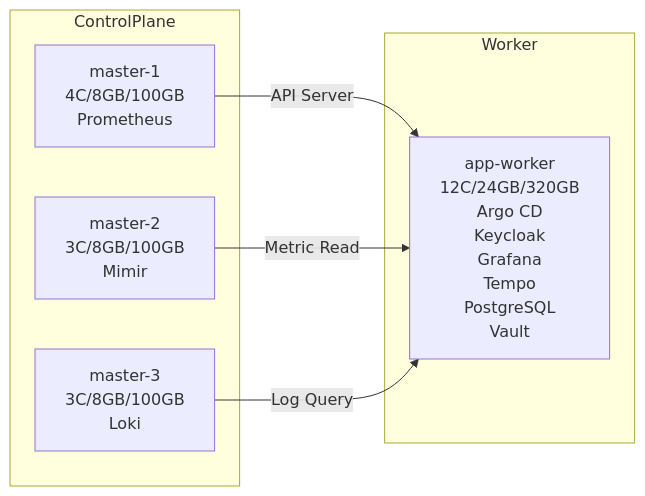
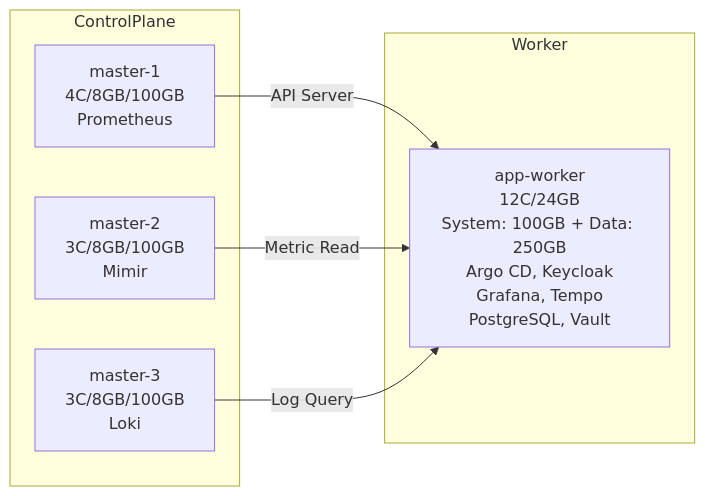
The first of 2 diagrams in README.md (detectviz/detectviz-gitops), drawn with Mermaid before and after one commit. The commit also changed other lines of this file and 25 other files, not shown here.

````diff
--- a/README.md
+++ b/README.md
@@ -30,16 +30,16 @@
 ```mermaid
 graph LR
   subgraph ControlPlane
     VM1[master-1<br/>4C/8GB/100GB<br/>Prometheus]
     VM2[master-2<br/>3C/8GB/100GB<br/>Mimir]
     VM3[master-3<br/>3C/8GB/100GB<br/>Loki]
   end
 
   subgraph Worker
-    VM4[app-worker<br/>12C/24GB/320GB<br/>Argo CD<br/>Keycloak<br/>Grafana<br/>Tempo<br/>PostgreSQL<br/>Vault]
+    VM4[app-worker<br/>12C/24GB<br/>System: 100GB + Data: 250GB<br/>Argo CD, Keycloak<br/>Grafana, Tempo<br/>PostgreSQL, Vault]
   end
 
   VM1 -->|API Server| VM4
   VM2 -->|Metric Read| VM4
   VM3 -->|Log Query| VM4
 ```
````
